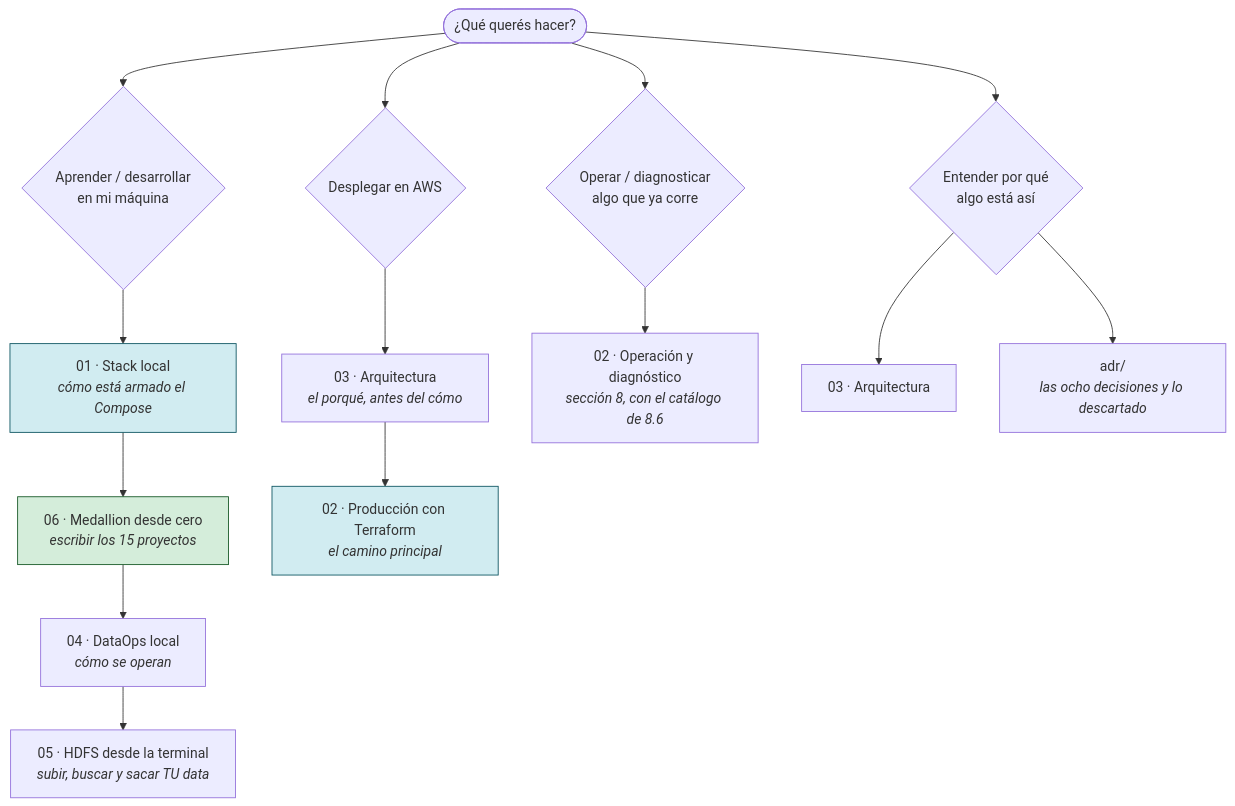
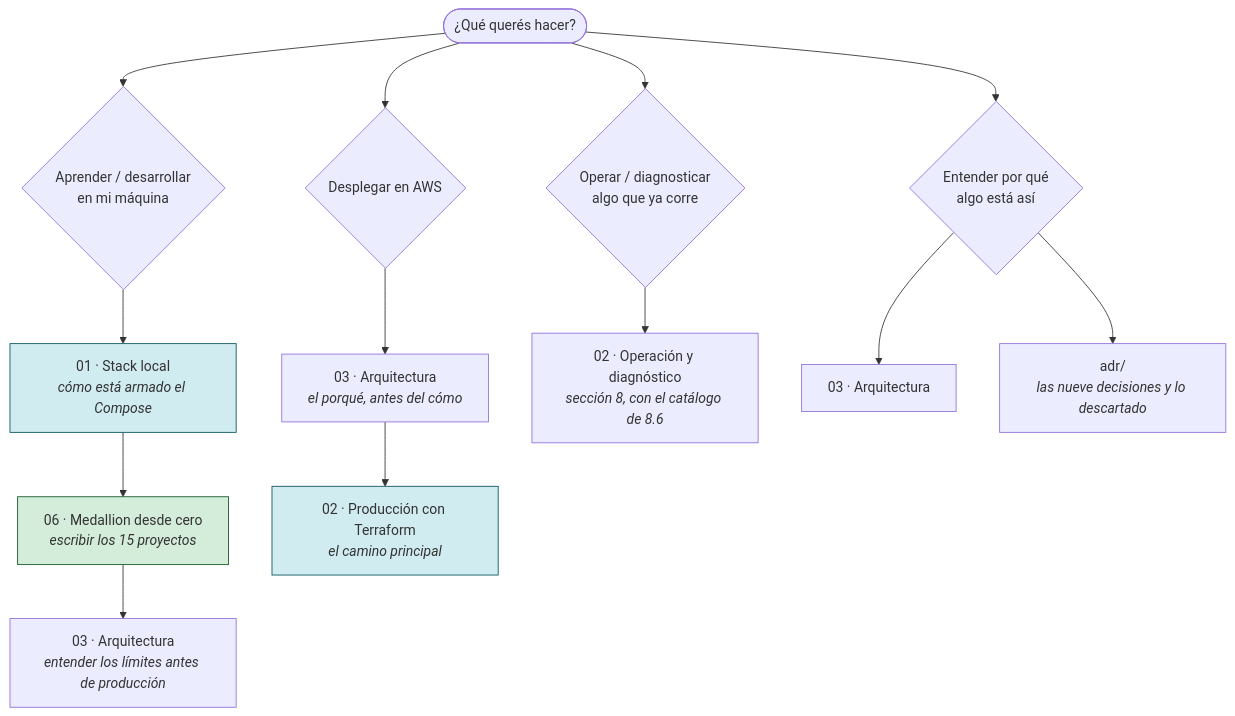
Before and after one commit to abantodca/pyspark_stack: the diagram in docs/README.md, drawn with Mermaid. The commit also changed other lines of this file and 39 other files, not shown here.

````diff
--- a/docs/README.md
+++ b/docs/README.md
@@ -72,25 +69,24 @@
 ```mermaid
 flowchart TD
     Q([¿Qué querés hacer?])
 
     Q --> L{"Aprender / desarrollar<br/>en mi máquina"}
     L --> L1["01 · Stack local<br/><i>cómo está armado el Compose</i>"]
     L1 --> L6["06 · Medallion desde cero<br/><i>escribir los 15 proyectos</i>"]
-    L6 --> L2["04 · DataOps local<br/><i>cómo se operan</i>"]
-    L2 --> L3["05 · HDFS desde la terminal<br/><i>subir, buscar y sacar TU data</i>"]
+    L6 --> L3["03 · Arquitectura<br/><i>entender los límites antes de producción</i>"]
 
     Q --> P{"Desplegar en AWS"}
     P --> P0["03 · Arquitectura<br/><i>el porqué, antes del cómo</i>"]
     P0 --> P1["02 · Producción con Terraform<br/><i>el camino principal</i>"]
 
     Q --> O{"Operar / diagnosticar<br/>algo que ya corre"}
     O --> O1["02 · Operación y diagnóstico<br/><i>sección 8, con el catálogo de 8.6</i>"]
 
     Q --> H{"Entender por qué<br/>algo está así"}
     H --> H1["03 · Arquitectura"]
-    H --> H2["adr/<br/><i>las ocho decisiones y lo descartado</i>"]
+    H --> H2["adr/<br/><i>las nueve decisiones y lo descartado</i>"]
 
     style P1 fill:#d1ecf1,stroke:#0c5460
     style L1 fill:#d1ecf1,stroke:#0c5460
     style L6 fill:#d4edda,stroke:#155724
 ```
````
